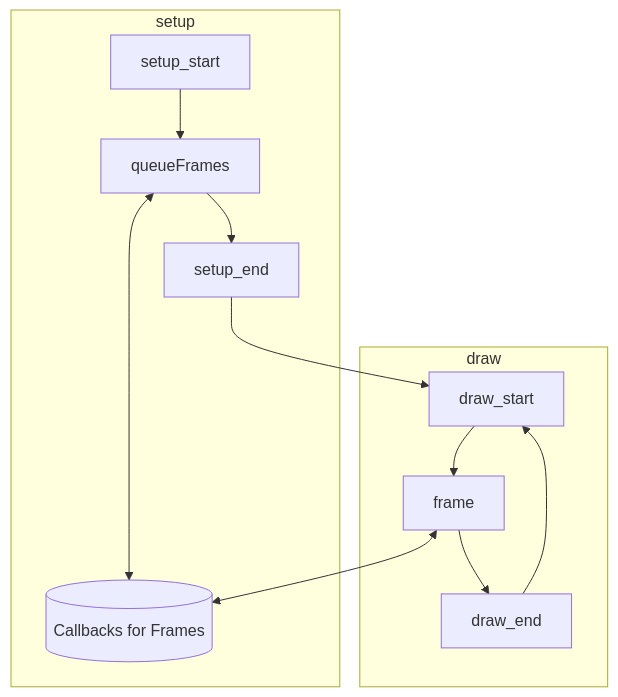
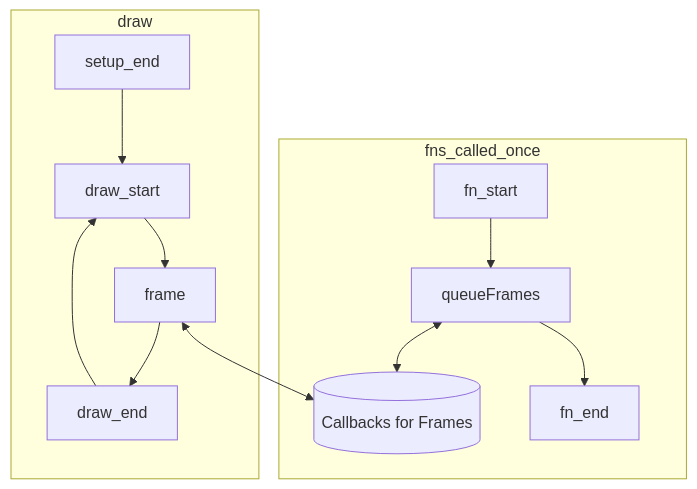
One commit to SuvabrataChowdhury/p5.viz changed the first of 2 diagrams in README.md. Above: the diagram before and after it, drawn with Mermaid. The commit also changed other lines of this file and 1 other file, not shown here.

````diff
--- a/README.md
+++ b/README.md
@@ -40,20 +56,20 @@
 ```mermaid
 flowchart TD
 
     frames[(Callbacks for Frames)]
 
-    subgraph setup
-        setup_start --> queueFrames
-        queueFrames --> setup_end
+    subgraph fns_called_once
+        fn_start --> queueFrames
+        queueFrames --> fn_end
         queueFrames <--> frames
     end
 
 
     subgraph draw
         setup_end --> draw_start
         draw_start --> frame
         frame --> draw_end
         frame <--> frames
         draw_end --> draw_start
     end
 ```
````
